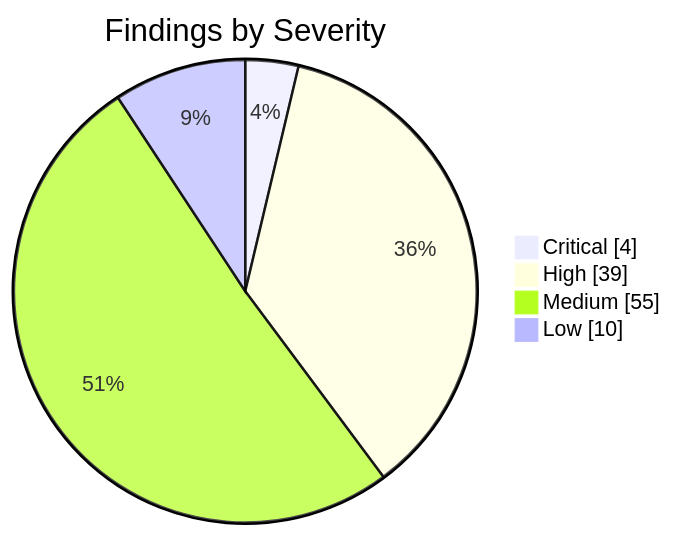
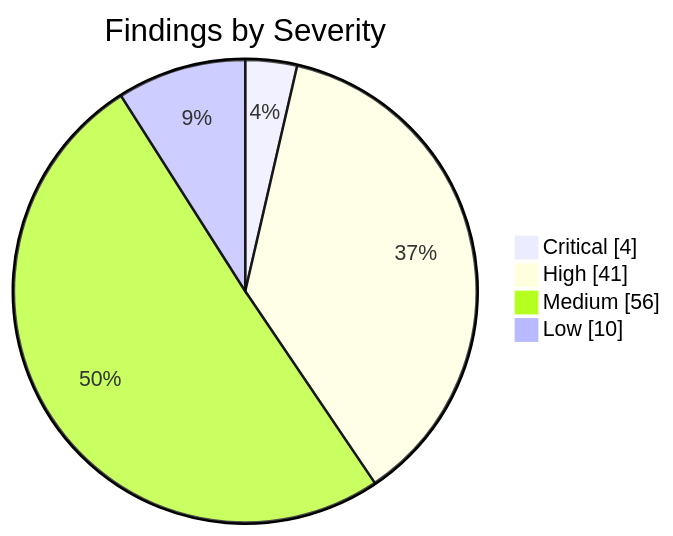
One commit to KBVE/kbve changed the first of 2 diagrams in apps/kbve/astro-kbve/src/content/docs/dashboard/security.mdx. Above: the diagram before and after it, drawn with Mermaid. The commit also changed other lines of this file and 1 other file, not shown here.

````diff
--- a/apps/kbve/astro-kbve/src/content/docs/dashboard/security.mdx
+++ b/apps/kbve/astro-kbve/src/content/docs/dashboard/security.mdx
@@ -148,8 +148,8 @@
 ```mermaid
 pie showData
     title Findings by Severity
     "Critical" : 4
-    "High" : 39
-    "Medium" : 55
+    "High" : 41
+    "Medium" : 56
     "Low" : 10
 ```
````
